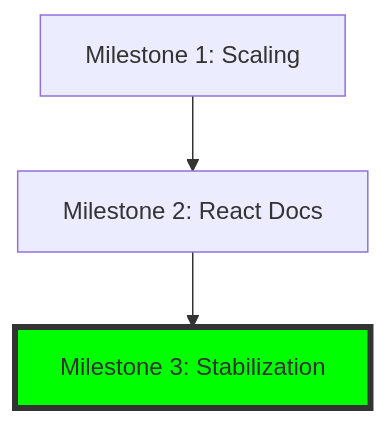
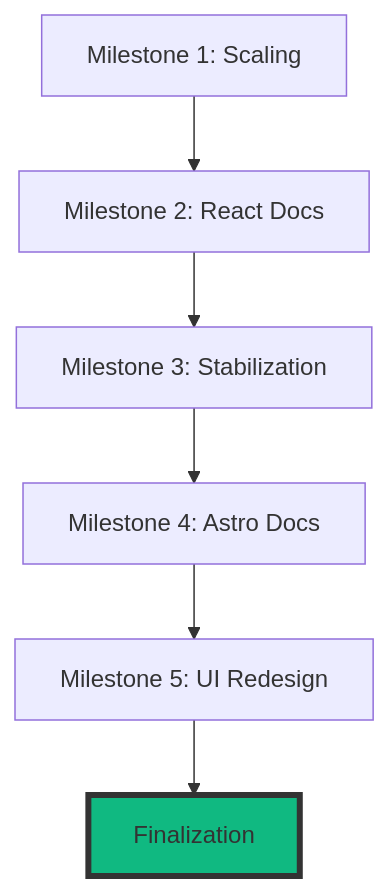
One commit to TheJenilDGohel/Synapse changed the diagram in .planning/STATE.md. Above: the diagram before and after it, drawn with Mermaid. The commit also changed other lines of this file and 96 other files, not shown here.

````diff
--- a/.planning/STATE.md
+++ b/.planning/STATE.md
@@ -12,6 +12,9 @@
 ```mermaid
 graph TD
     M1[Milestone 1: Scaling] --> M2[Milestone 2: React Docs]
     M2 --> M3[Milestone 3: Stabilization]
-    style M3 fill:#0f0,stroke:#333,stroke-width:4px
+    M3 --> M4[Milestone 4: Astro Docs]
+    M4 --> M5[Milestone 5: UI Redesign]
+    M5 --> FIN[Finalization]
+    style FIN fill:#10b981,stroke:#333,stroke-width:4px
 ```
````
